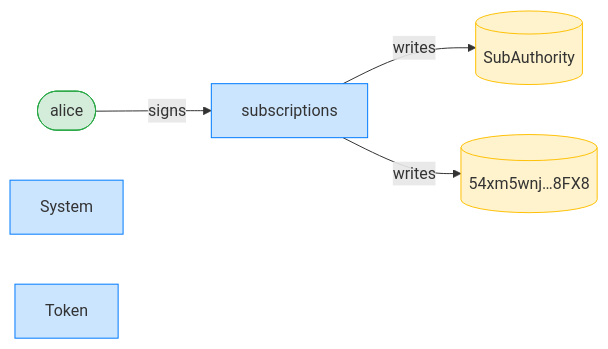
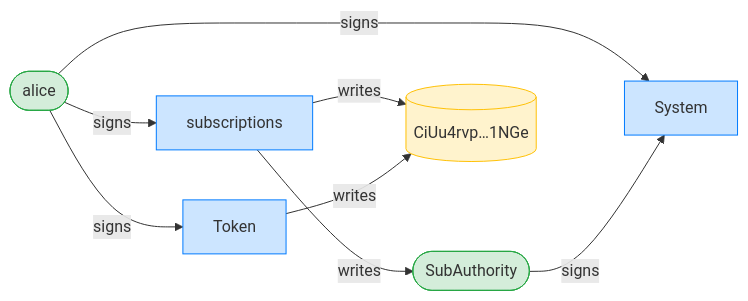
Before and after one commit to cds-rs/subscriptions: the third of 4 diagrams in dsl_tests/reject-a-recurring-delegation-whose-start-exceeds-its-expiry.md, drawn with Mermaid. The commit also changed other lines of this file and 224 other files, not shown here.

````diff
--- a/dsl_tests/reject-a-recurring-delegation-whose-start-exceeds-its-expiry.md
+++ b/dsl_tests/reject-a-recurring-delegation-whose-start-exceeds-its-expiry.md
@@ -55,15 +56,19 @@
 ```mermaid
 flowchart LR
     classDef signer fill:#d4edda,stroke:#28a745;
     classDef program fill:#cce5ff,stroke:#007bff;
     classDef writable fill:#fff3cd,stroke:#ffc107;
     subscriptions[subscriptions]:::program
     alice([alice]):::signer
-    SubAuthority[(SubAuthority)]:::writable
-    54xm5wnj_8FX8[("54xm5wnj…8FX8")]:::writable
+    SubAuthority([SubAuthority]):::signer
+    CiUu4rvp_1NGe[("CiUu4rvp…1NGe")]:::writable
     System[System]:::program
     Token[Token]:::program
     alice -->|signs| subscriptions
+    alice -->|signs| System
+    SubAuthority -->|signs| System
+    alice -->|signs| Token
     subscriptions -->|writes| SubAuthority
-    subscriptions -->|writes| 54xm5wnj_8FX8
+    subscriptions -->|writes| CiUu4rvp_1NGe
+    Token -->|writes| CiUu4rvp_1NGe
 ```
````
